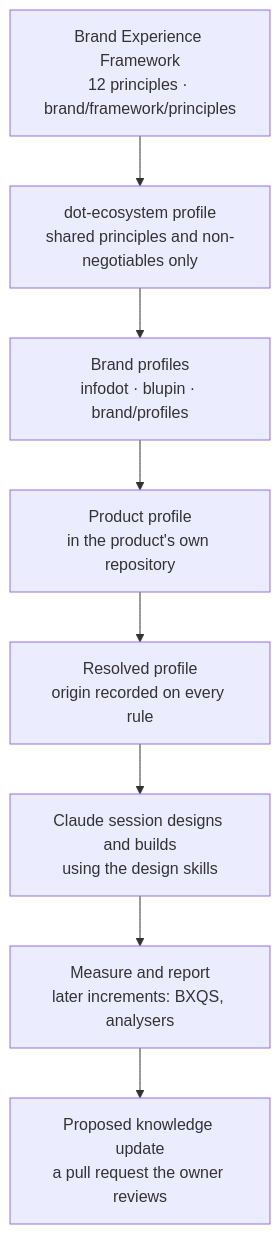
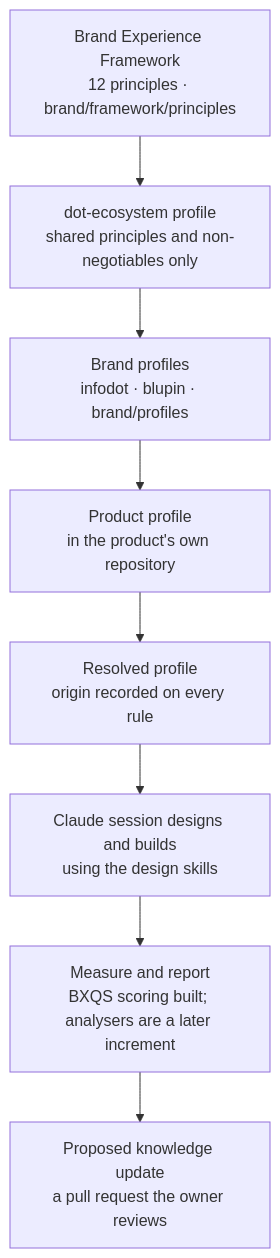
One commit to sakhilebhayi/Dot.Brain changed the diagram in brain.brand_experience.md. Above: the diagram before and after it, drawn with Mermaid. The commit also changed other lines of this file and 50 other files, not shown here.

First line of the commit message:
brand-engine: add the Brand Experience Quality Score (BXQS) rubric and scoring engine

````diff
--- a/brain.brand_experience.md
+++ b/brain.brand_experience.md
@@ -28,10 +28,10 @@
 ```mermaid
 flowchart TB
     F[Brand Experience Framework<br/>12 principles · brand/framework/principles] --> E[dot-ecosystem profile<br/>shared principles and non-negotiables only]
     E --> B[Brand profiles<br/>infodot · blupin · brand/profiles]
     B --> P[Product profile<br/>in the product's own repository]
     P --> R[Resolved profile<br/>origin recorded on every rule]
     R --> S[Claude session designs and builds<br/>using the design skills]
-    S --> M[Measure and report<br/>later increments: BXQS, analysers]
+    S --> M[Measure and report<br/>BXQS scoring built; analysers are a later increment]
     M --> PR[Proposed knowledge update<br/>a pull request the owner reviews]
 ```
````
